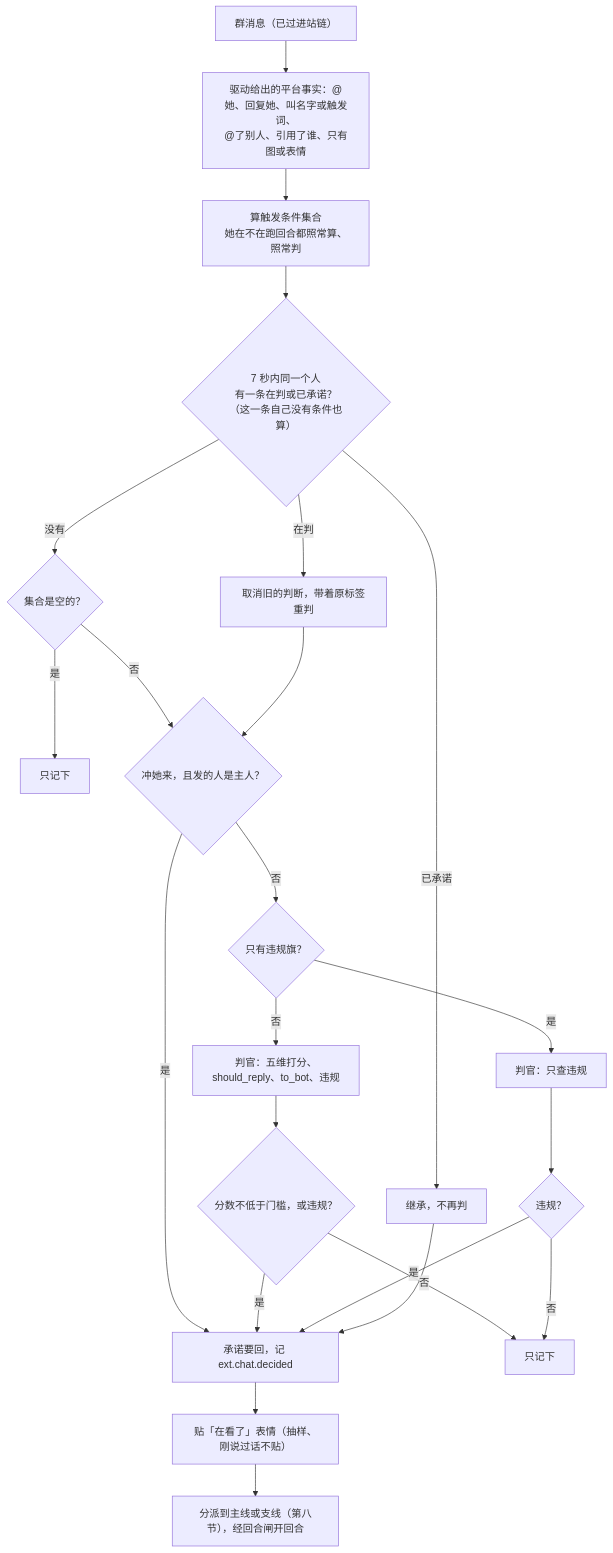
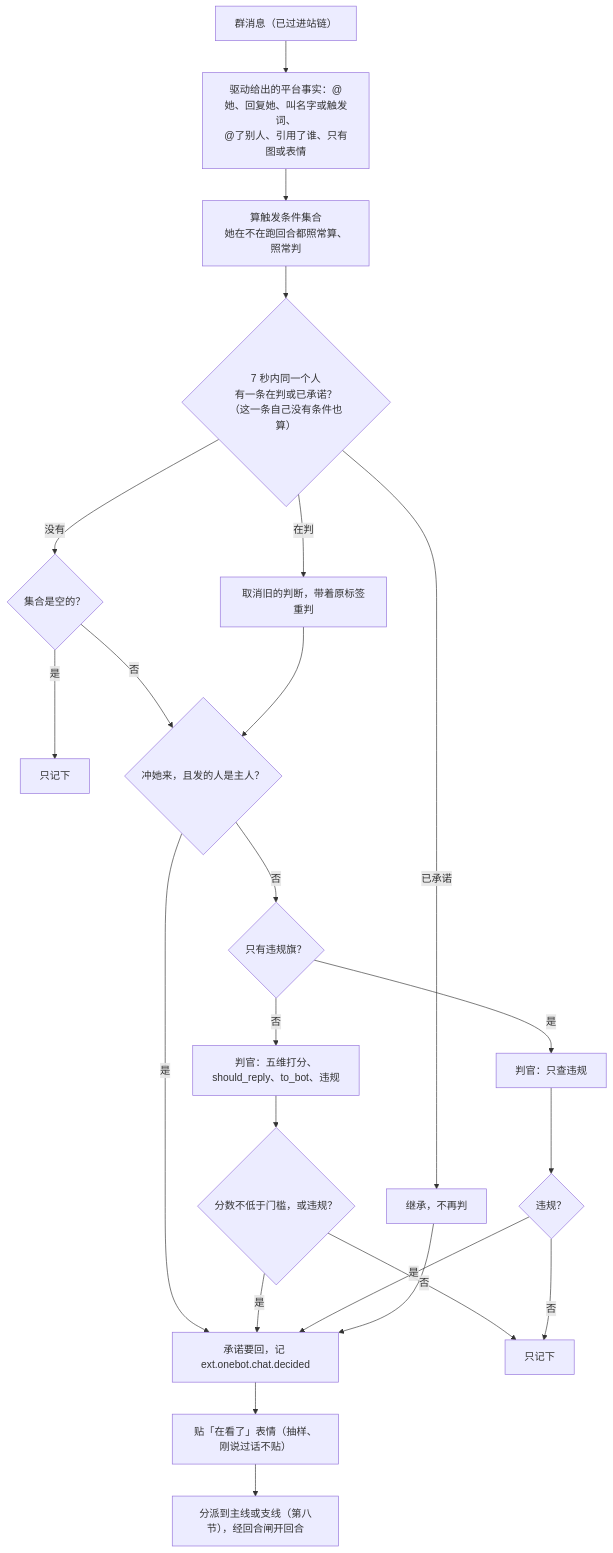
The third of 6 diagrams in docs/designs/18-通讯平台.md (SHORiN-KiWATA/miyu-agent-remake), drawn with Mermaid before and after one commit. The commit also changed other lines of this file and 7 other files, not shown here.

First line of the commit message:
docs: 桥的事件改名 ext.onebot.*，场所格补 name、mentions_all、media 的 name

````diff
--- a/docs/designs/18-通讯平台.md
+++ b/docs/designs/18-通讯平台.md
@@ -301,25 +301,25 @@
 ```mermaid
 flowchart TB
     msg["群消息（已过进站链）"] --> facts["驱动给出的平台事实：@她、回复她、叫名字或触发词、<br/>@了别人、引用了谁、只有图或表情"]
     facts --> set["算触发条件集合<br/>她在不在跑回合都照常算、照常判"]
     set --> sup{"7 秒内同一个人<br/>有一条在判或已承诺？<br/>（这一条自己没有条件也算）"}
     sup -- "已承诺" --> inherit["继承，不再判"]
     sup -- "在判" --> cancel["取消旧的判断，带着原标签重判"]
     sup -- "没有" --> empty{"集合是空的？"}
     empty -- "是" --> rec1["只记下"]
     empty -- "否" --> owner
     cancel --> owner{"冲她来，且发的人是主人？"}
     owner -- "是" --> commit
     owner -- "否" --> only{"只有违规旗？"}
     only -- "是" --> modj["判官：只查违规"]
     only -- "否" --> judge["判官：五维打分、should_reply、to_bot、违规"]
     judge --> pass{"分数不低于门槛，或违规？"}
     modj --> viol{"违规？"}
     pass -- "否" --> rec2["只记下"]
     viol -- "否" --> rec2
-    pass -- "是" --> commit["承诺要回，记 ext.chat.decided"]
+    pass -- "是" --> commit["承诺要回，记 ext.onebot.chat.decided"]
     viol -- "是" --> commit
     inherit --> commit
     commit --> react["贴「在看了」表情（抽样、刚说过话不贴）"]
     react --> disp["分派到主线或支线（第八节），经回合闸开回合"]
 ```
````
